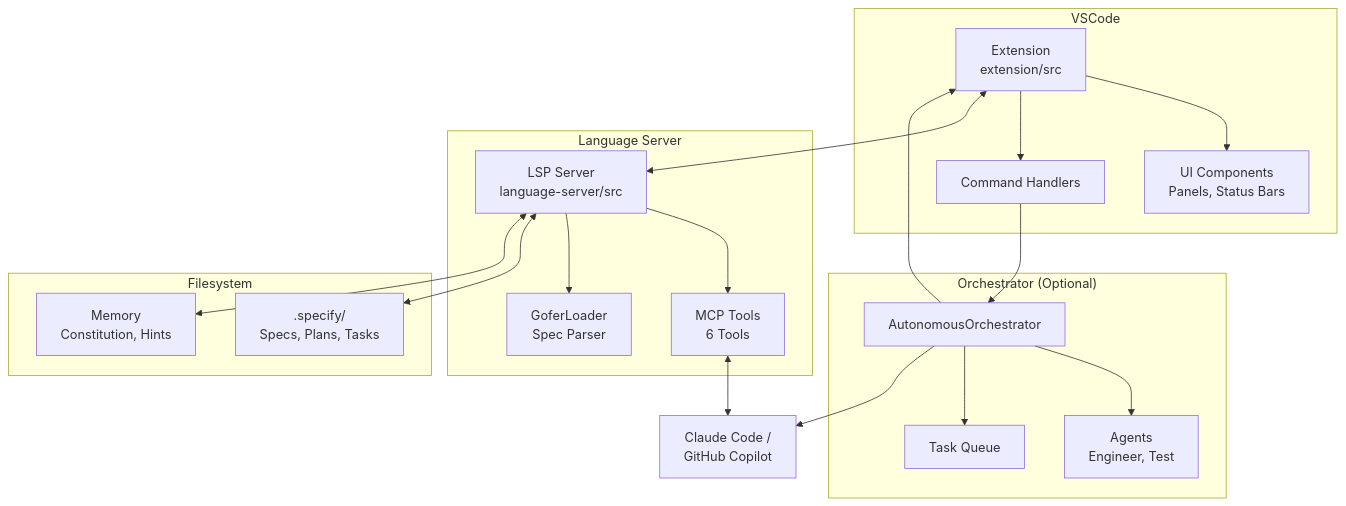
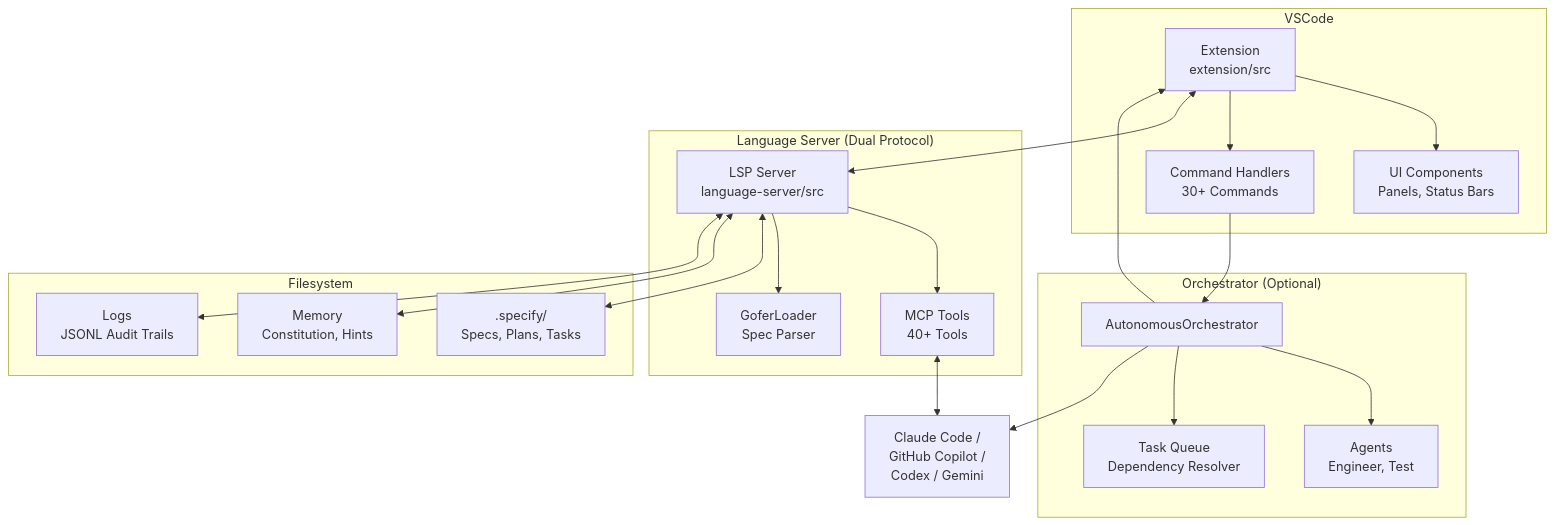
Before and after one commit to eai-tools/eai-gofer: the first of 7 diagrams in .tech-docs/architecture.md, drawn with Mermaid. The commit also changed other lines of this file and 9 other files, not shown here.

````diff
--- a/.tech-docs/architecture.md
+++ b/.tech-docs/architecture.md
@@ -13,39 +12,41 @@
 ```mermaid
 flowchart TB
     subgraph VSCode
         EXT[Extension<br/>extension/src]
         UI[UI Components<br/>Panels, Status Bars]
-        CMD[Command Handlers]
+        CMD[Command Handlers<br/>30+ Commands]
         EXT --> UI
         EXT --> CMD
     end
 
-    subgraph LanguageServer["Language Server"]
+    subgraph LanguageServer["Language Server (Dual Protocol)"]
         LSP[LSP Server<br/>language-server/src]
-        MCP[MCP Tools<br/>6 Tools]
+        MCP[MCP Tools<br/>40+ Tools]
         LOADER[GoferLoader<br/>Spec Parser]
         LSP --> MCP
         LSP --> LOADER
     end
 
     subgraph Orchestrator["Orchestrator (Optional)"]
         ORCH[AutonomousOrchestrator]
         AGENT[Agents<br/>Engineer, Test]
-        QUEUE[Task Queue]
+        QUEUE[Task Queue<br/>Dependency Resolver]
         ORCH --> AGENT
         ORCH --> QUEUE
     end
 
     subgraph Filesystem
         SPEC[.specify/<br/>Specs, Plans, Tasks]
         MEM[Memory<br/>Constitution, Hints]
+        LOGS[Logs<br/>JSONL Audit Trails]
     end
 
     EXT <--> LSP
     LSP <--> SPEC
     LSP <--> MEM
-    MCP <--> AI[Claude Code /<br/>GitHub Copilot]
+    LSP <--> LOGS
+    MCP <--> AI[Claude Code /<br/>GitHub Copilot /<br/>Codex / Gemini]
     ORCH --> EXT
     ORCH --> AI
     CMD --> ORCH
 ```
````
